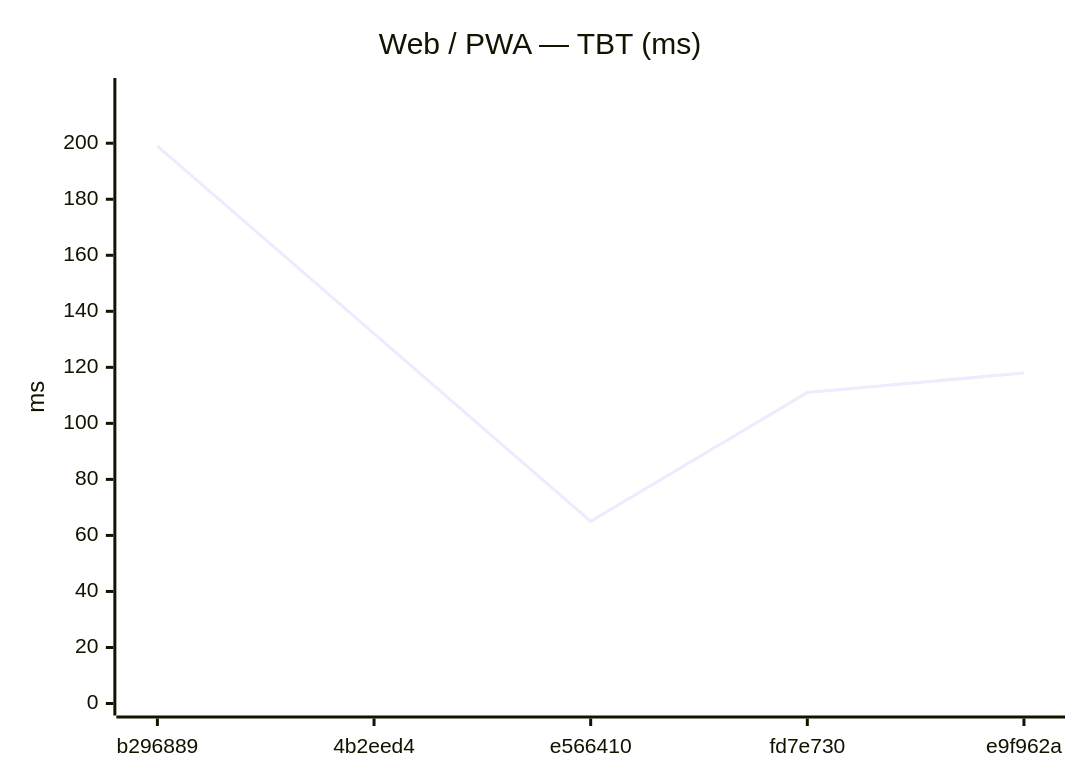
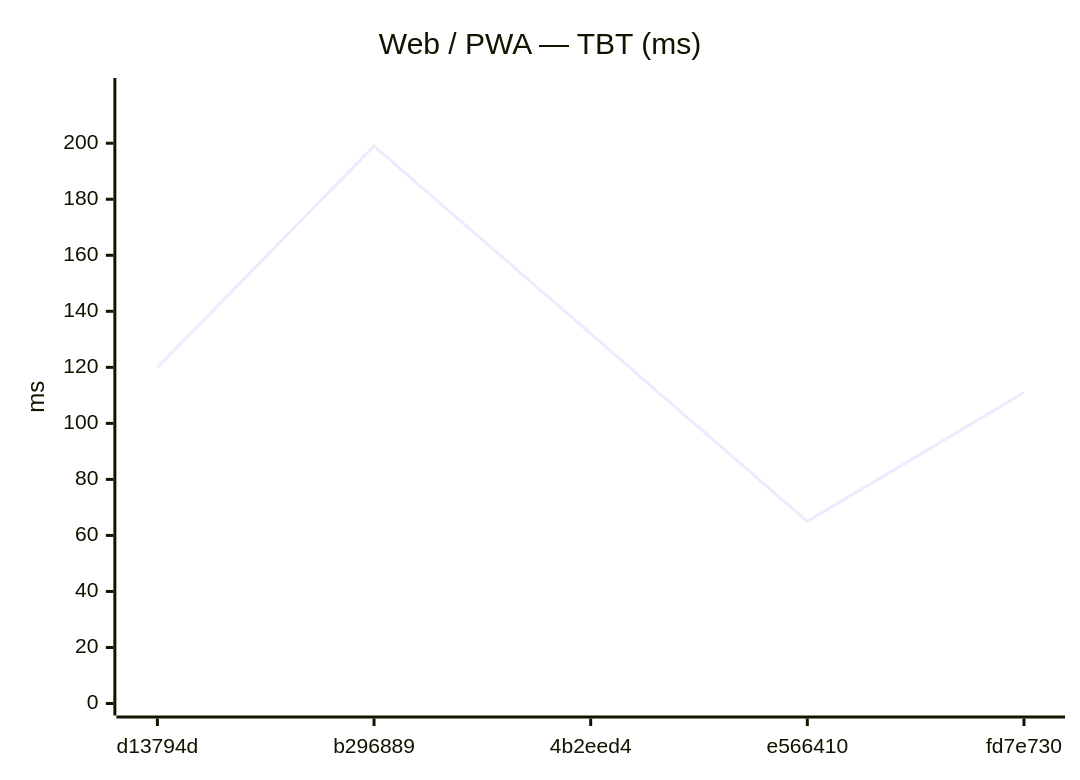
The eighth of 18 diagrams in benchmarks/compare.md (Metaheurist/Rianell), drawn with Mermaid before and after one commit. The commit also changed other lines of this file and 11 other files, not shown here.

````diff
--- a/benchmarks/compare.md
+++ b/benchmarks/compare.md
@@ -124,7 +124,7 @@
 ```mermaid
 xychart-beta
     title "Web / PWA — TBT (ms)"
-    x-axis ["b296889", "4b2eed4", "e566410", "fd7e730", "e9f962a"]
+    x-axis ["d13794d", "b296889", "4b2eed4", "e566410", "fd7e730"]
     y-axis "ms" 0 --> 219
-    line [199, 132, 65, 111, 118]
+    line [120, 199, 132, 65, 111]
 ```
````
